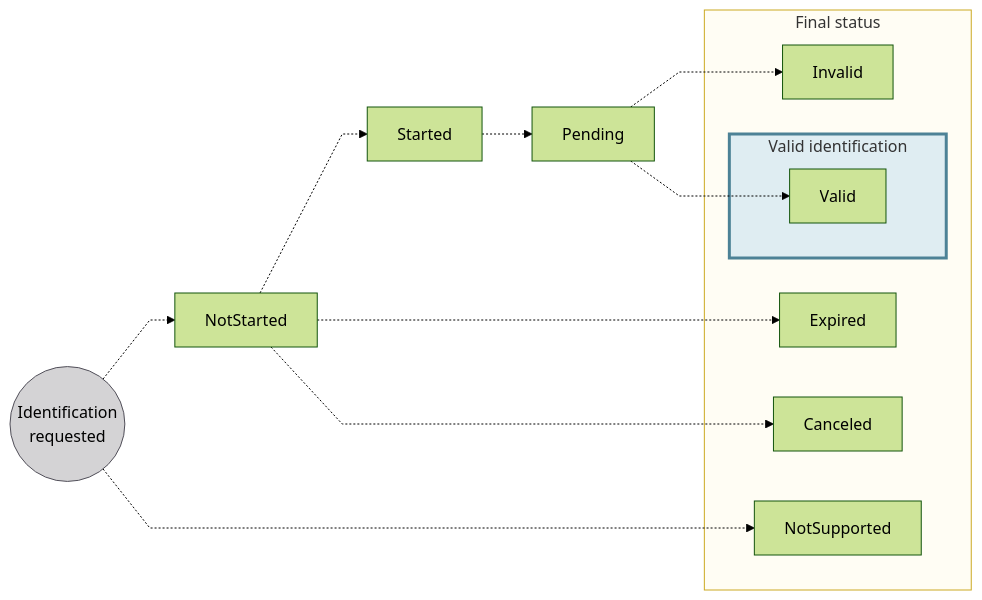
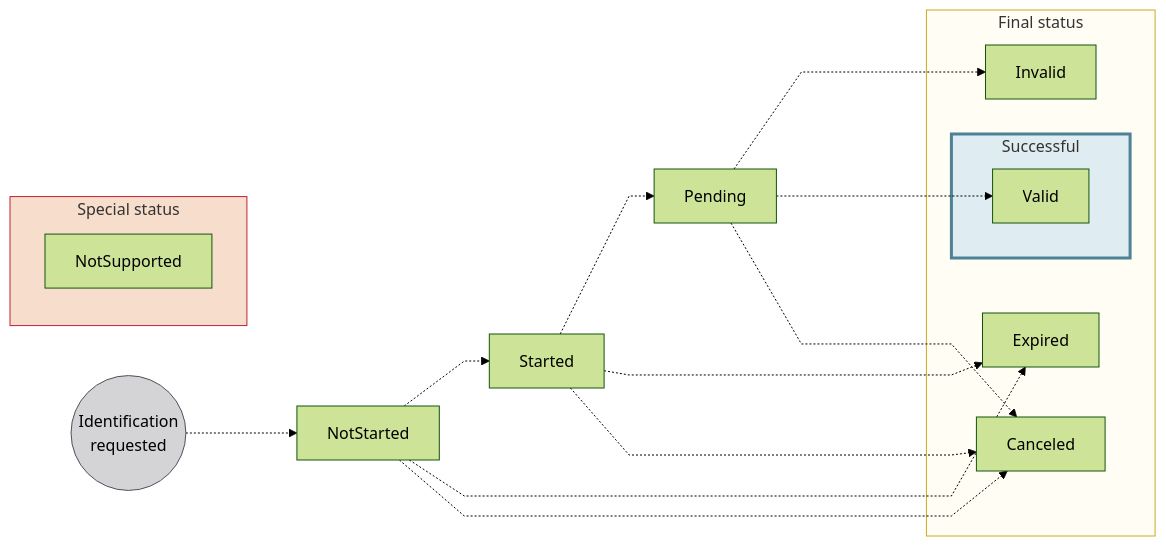
Before and after one commit to swan-io/docs: the diagram in docs/topics/users/identifications/index.mdx, drawn with Mermaid (forest theme). The commit also changed other lines of this file and 1 other file, not shown here.

Commit message:
fixup! DOC-424 Add identification statuses

````diff
--- a/docs/topics/users/identifications/index.mdx
+++ b/docs/topics/users/identifications/index.mdx
@@ -106,25 +106,31 @@
 ```mermaid
 %%{ init: { 'flowchart': { 'curve': 'linear' } } }%%
 flowchart LR
     IS((Identification<br/>requested)) -.-> NS[NotStarted]
-    IS -.-> NSU[NotSupported]
     NS -.-> S[Started]
-    S -.-> P[Pending]
     NS -.-> E[Expired]
     NS -.-> C[Canceled]
+    S -.-> P[Pending]
+    S -.-> E
+    S -.-> C
     P -.-> I[Invalid]
-    P -.-> V[Valid]
-    subgraph VI[Valid identification]
+    P -...-> V[Valid]
+    P -.-> C
+    NSU[NotSupported]
+    subgraph SU[Successful]
         V
     end
     subgraph F[Final status]
         I
+        SU
         C
         E
+    end
+    subgraph SS[Special status]
         NSU
-        VI
     end
     style IS fill:#D4D3D5,stroke:#514F59
     style F fill:#fffdf4,stroke:#cca922
-    style VI fill:#dfedf2,stroke:#4d8296,stroke-width:3px
+    style SU fill:#dfedf2,stroke:#4d8296,stroke-width:3px
+    style SS fill:#f6ddcc,stroke:#c12236
 ```
````
